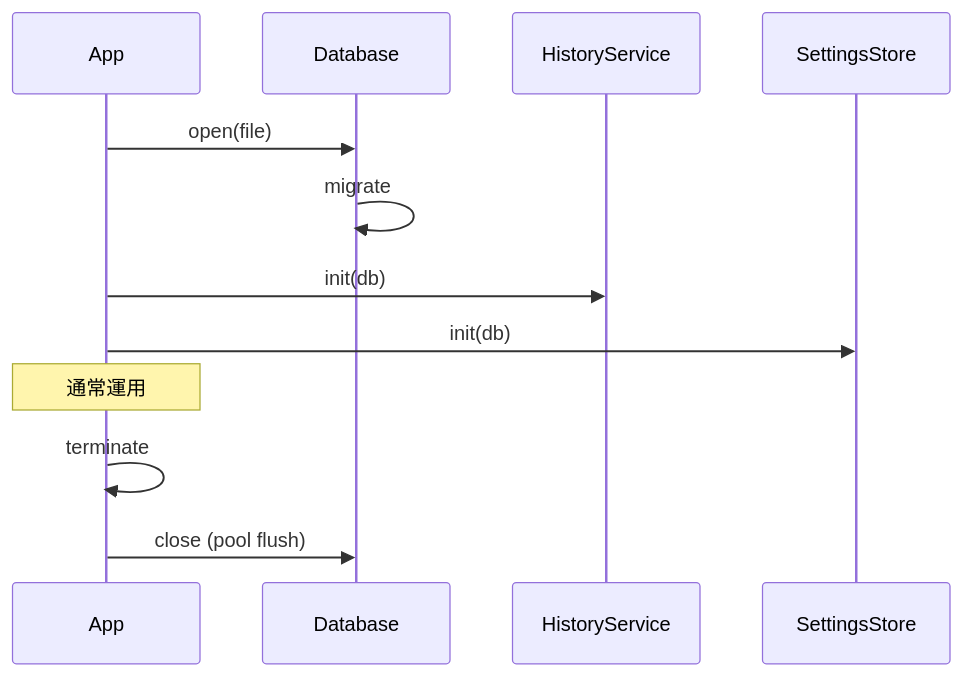
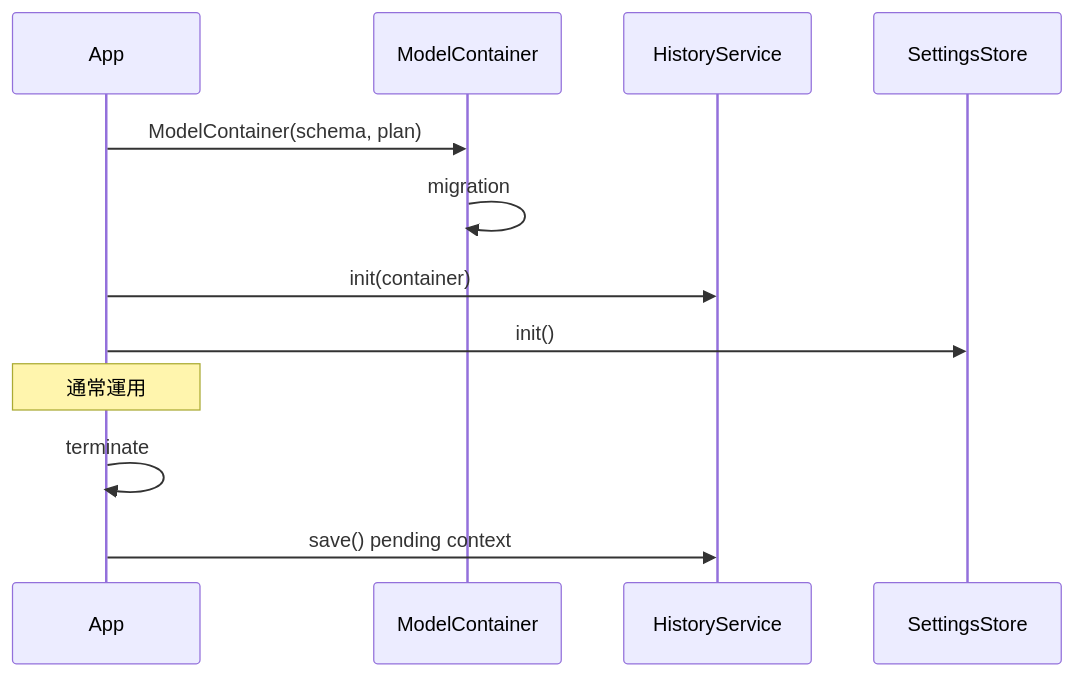
Before and after one commit to DIO0550/mac-clip-shelf: the fourth of 4 diagrams in docs/clip-shelf/persistence-spec.md, drawn with Mermaid. The commit also changed other lines of this file and 7 other files, not shown here.

````diff
--- a/docs/clip-shelf/persistence-spec.md
+++ b/docs/clip-shelf/persistence-spec.md
@@ -245,15 +277,15 @@
 ```mermaid
 sequenceDiagram
     participant App
-    participant DB as Database
+    participant MC as ModelContainer
     participant HS as HistoryService
     participant SS as SettingsStore
 
-    App->>DB: open(file)
-    DB->>DB: migrate
-    App->>HS: init(db)
-    App->>SS: init(db)
+    App->>MC: ModelContainer(schema, plan)
+    MC->>MC: migration
+    App->>HS: init(container)
+    App->>SS: init()
     Note over App: 通常運用
     App->>App: terminate
-    App->>DB: close (pool flush)
+    App->>HS: save() pending context
 ```
````
